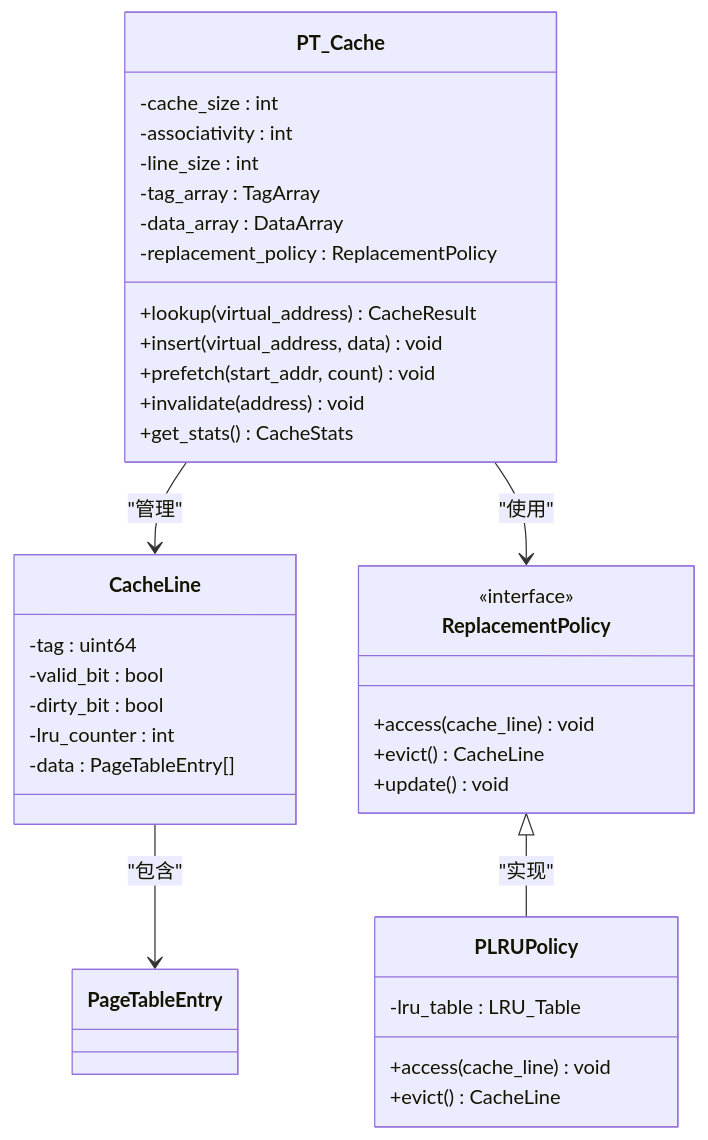
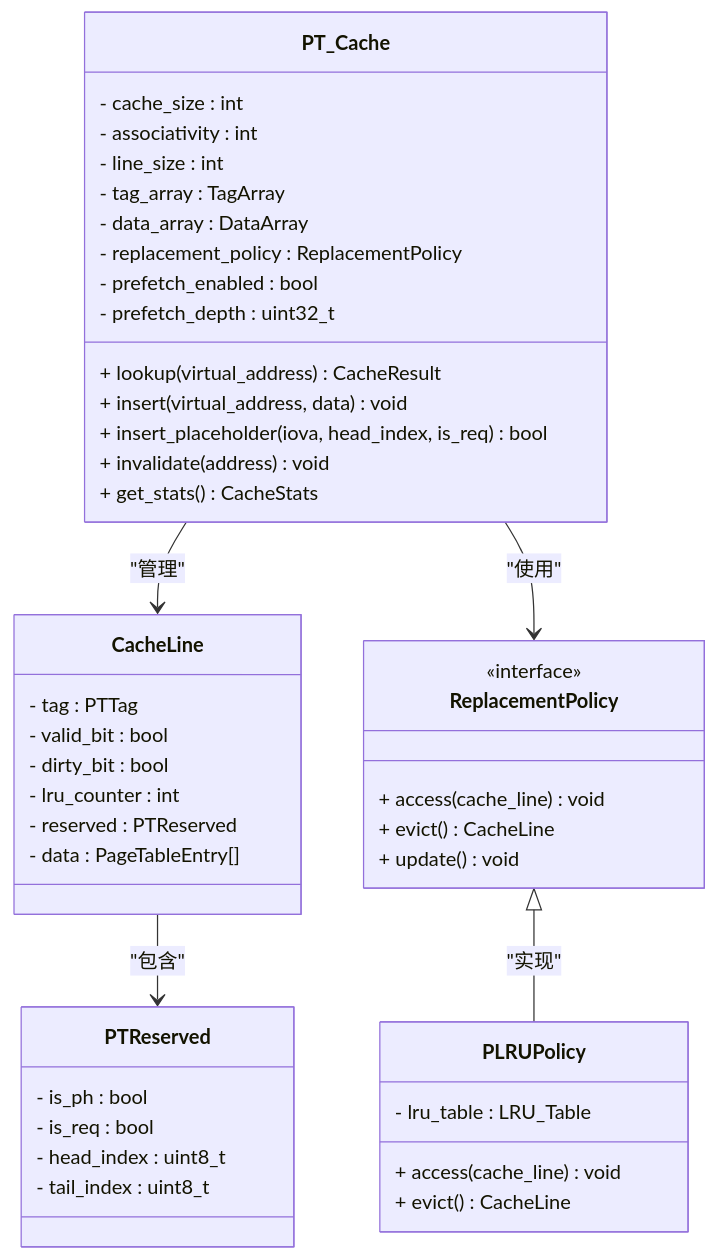
One commit to jiangjiang1122/iommu_model_20260401_v1 changed the third of 10 diagrams in .qoder/repowiki/zh/content/缓存系统架构/PT Cache预取实现分析.md. Above: the diagram before and after it, drawn with Mermaid. The commit also changed other lines of this file and 16 other files, not shown here.

````diff
--- a/.qoder/repowiki/zh/content/缓存系统架构/PT Cache预取实现分析.md
+++ b/.qoder/repowiki/zh/content/缓存系统架构/PT Cache预取实现分析.md
@@ -139,38 +168,47 @@
 ```mermaid
 classDiagram
 class PT_Cache {
--cache_size : int
--associativity : int
--line_size : int
--tag_array : TagArray
--data_array : DataArray
--replacement_policy : ReplacementPolicy
-+lookup(virtual_address) CacheResult
-+insert(virtual_address, data) void
-+prefetch(start_addr, count) void
-+invalidate(address) void
-+get_stats() CacheStats
+- cache_size : int
+- associativity : int
+- line_size : int
+- tag_array : TagArray
+- data_array : DataArray
+- replacement_policy : ReplacementPolicy
+- prefetch_enabled : bool
+- prefetch_depth : uint32_t
++ lookup(virtual_address) CacheResult
++ insert(virtual_address, data) void
++ insert_placeholder(iova, head_index, is_req) bool
++ invalidate(address) void
++ get_stats() CacheStats
 }
 class CacheLine {
--tag : uint64
--valid_bit : bool
--dirty_bit : bool
--lru_counter : int
--data : PageTableEntry[]
+- tag : PTTag
+- valid_bit : bool
+- dirty_bit : bool
+- lru_counter : int
+- reserved : PTReserved
+- data : PageTableEntry[]
+}
+class PTReserved {
+- is_ph : bool
+- is_req : bool
+- head_index : uint8_t
+- tail_index : uint8_t
 }
 class ReplacementPolicy {
 <<interface>>
-+access(cache_line) void
-+evict() CacheLine
-+update() void
++ access(cache_line) void
++ evict() CacheLine
++ update() void
 }
 class PLRUPolicy {
--lru_table : LRU_Table
-+access(cache_line) void
-+evict() CacheLine
+- lru_table : LRU_Table
++ access(cache_line) void
++ evict() CacheLine
 }
 PT_Cache --> CacheLine : "管理"
 PT_Cache --> ReplacementPolicy : "使用"
+CacheLine --> PTReserved : "包含"
 ReplacementPolicy <|-- PLRUPolicy : "实现"
-CacheLine --> PageTableEntry : "包含"
 ```
````
